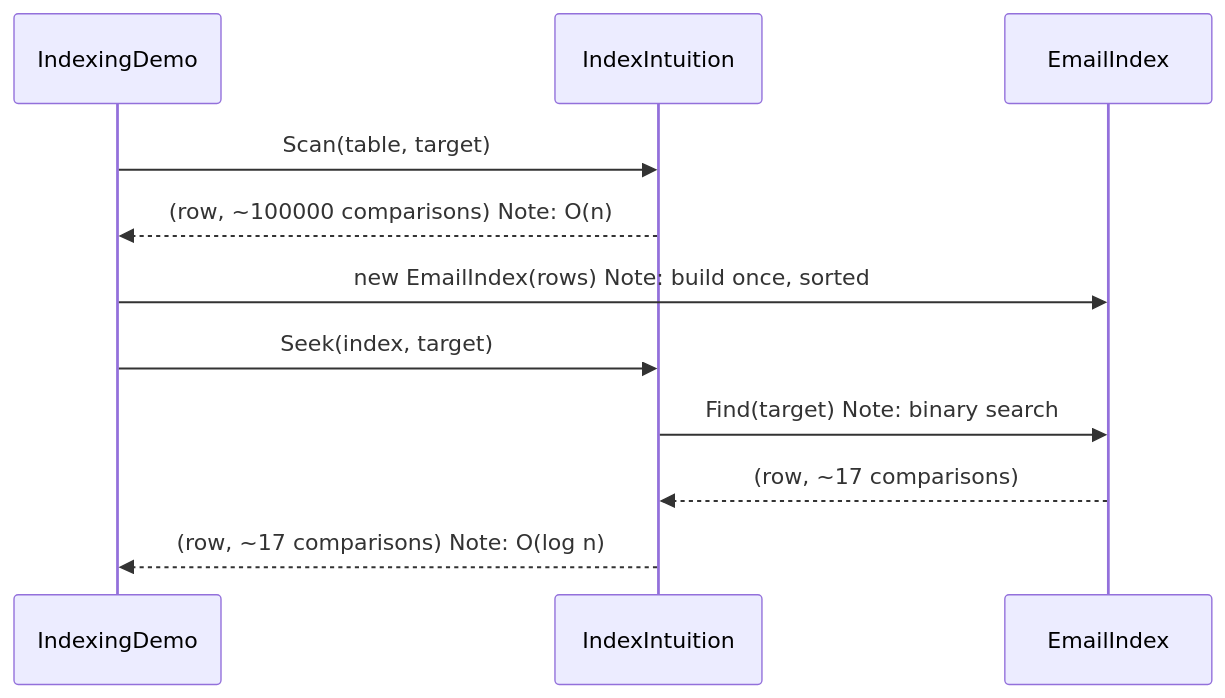
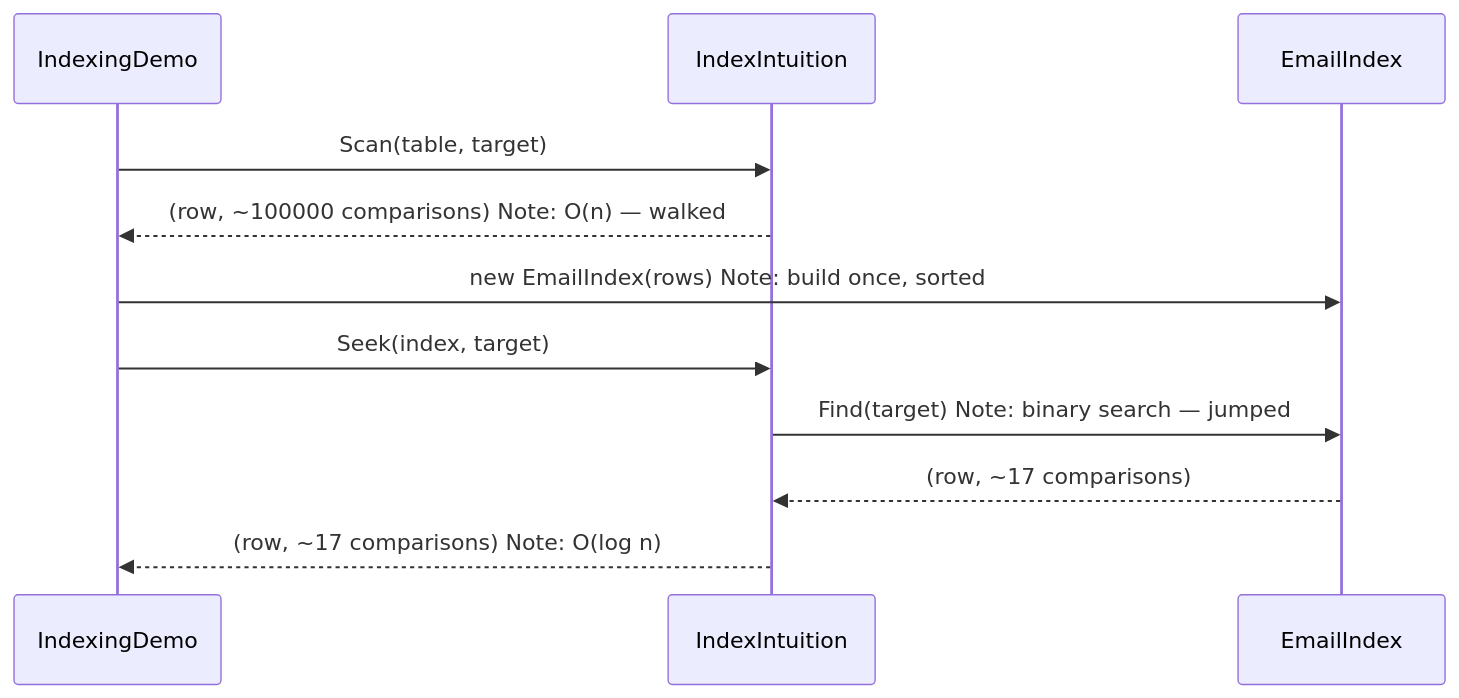
The third of 3 diagrams in src/BackendArchitect/Databases/SQL/Indexing/Indexing.md (Rajmote/BackendArchitect), drawn with Mermaid before and after one commit. The commit also changed other lines of this file, not shown here.

````diff
--- a/src/BackendArchitect/Databases/SQL/Indexing/Indexing.md
+++ b/src/BackendArchitect/Databases/SQL/Indexing/Indexing.md
@@ -67,13 +240,13 @@
 ```mermaid
 sequenceDiagram
     participant D as IndexingDemo
     participant S as IndexIntuition
     participant I as EmailIndex
     D->>S: Scan(table, target)
-    S-->>D: (row, ~100000 comparisons)  Note: O(n)
+    S-->>D: (row, ~100000 comparisons)  Note: O(n) — walked
     D->>I: new EmailIndex(rows)  Note: build once, sorted
     D->>S: Seek(index, target)
-    S->>I: Find(target)  Note: binary search
+    S->>I: Find(target)  Note: binary search — jumped
     I-->>S: (row, ~17 comparisons)
     S-->>D: (row, ~17 comparisons)  Note: O(log n)
 ```
````
